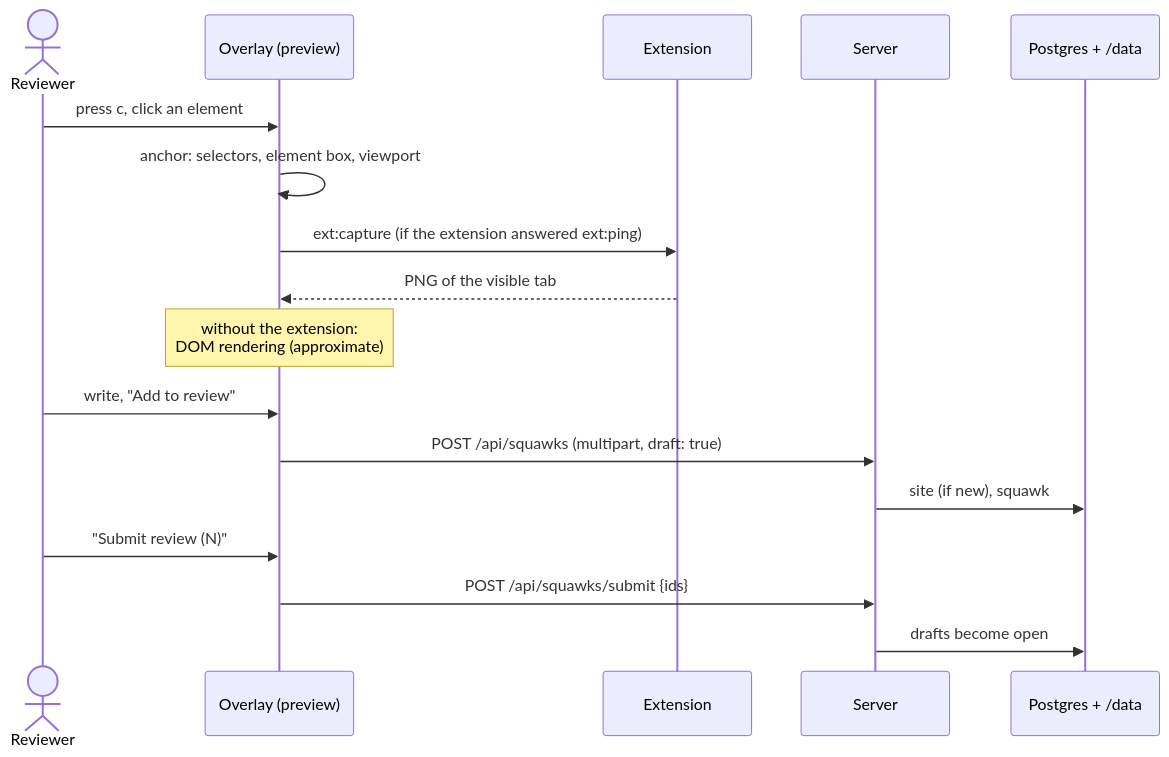
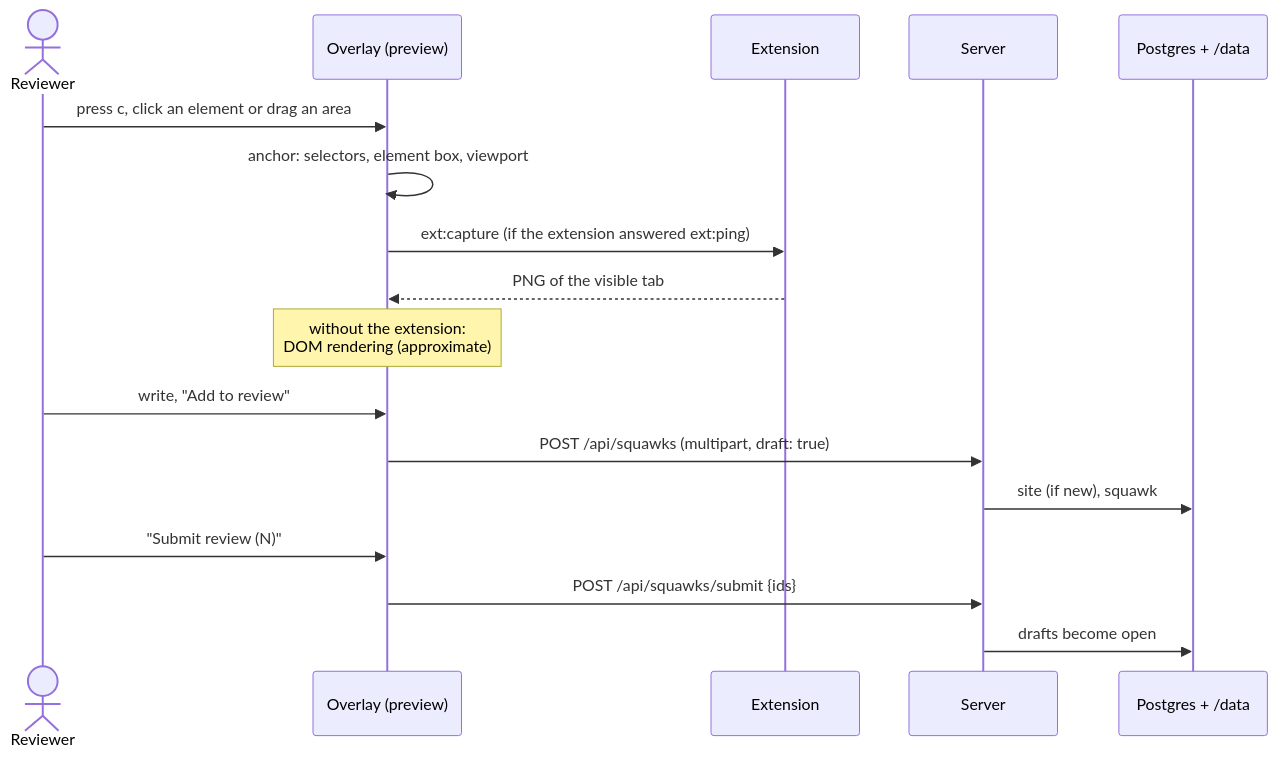
Before and after one commit to studypilot/squawk: the second of 3 diagrams in docs/architecture.md, drawn with Mermaid. The commit also changed other lines of this file and 23 other files, not shown here.

First line of the commit message:
feat(overlay): drag out an area for a squawk, pin the clicked element itself (#4)

````diff
--- a/docs/architecture.md
+++ b/docs/architecture.md
@@ -89,20 +89,20 @@
 ```mermaid
 sequenceDiagram
    actor R as Reviewer
    participant O as Overlay (preview)
    participant X as Extension
    participant S as Server
    participant DB as Postgres + /data
 
-   R->>O: press c, click an element
+   R->>O: press c, click an element or drag an area
    O->>O: anchor: selectors, element box, viewport
    O->>X: ext:capture (if the extension answered ext:ping)
    X-->>O: PNG of the visible tab
    Note over O: without the extension:<br/>DOM rendering (approximate)
    R->>O: write, "Add to review"
    O->>S: POST /api/squawks (multipart, draft: true)
    S->>DB: site (if new), squawk #N as draft, first comment, screenshot file
    R->>O: "Submit review (N)"
    O->>S: POST /api/squawks/submit {ids}
    S->>DB: drafts become open
 ```
````
